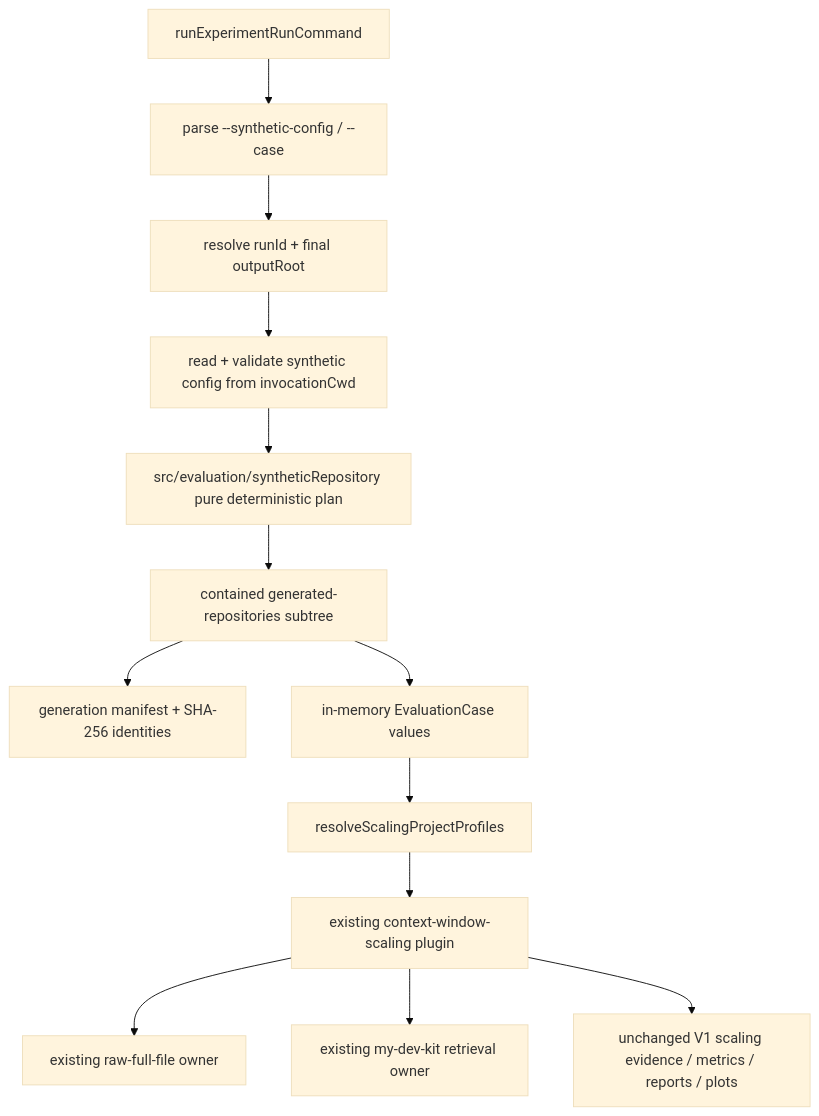
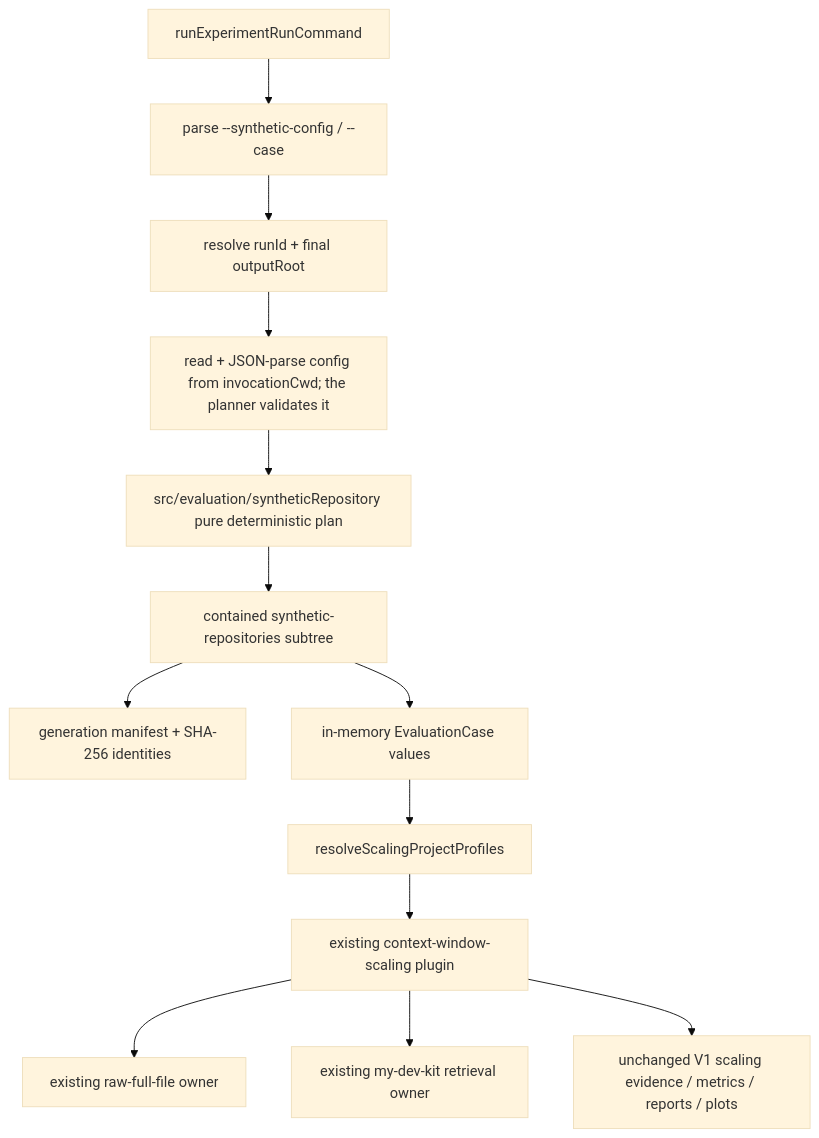
The sixth of 13 diagrams in docs/ARCHITECTURE.md (dailephd/my-dev-kit-lab), drawn with Mermaid (base theme) before and after one commit. The commit also changed other lines of this file and 10 other files, not shown here.

````diff
--- a/docs/ARCHITECTURE.md
+++ b/docs/ARCHITECTURE.md
@@ -454,15 +454,15 @@
 ```mermaid
 flowchart TD
   CLI[runExperimentRunCommand] --> Args[parse --synthetic-config / --case]
   Args --> RunRoot[resolve runId + final outputRoot]
-  RunRoot --> Config[read + validate synthetic config from invocationCwd]
+  RunRoot --> Config[read + JSON-parse config from invocationCwd; the planner validates it]
   Config --> Plan[src/evaluation/syntheticRepository pure deterministic plan]
-  Plan --> Materialize[contained generated-repositories subtree]
+  Plan --> Materialize[contained synthetic-repositories subtree]
   Materialize --> Manifest[generation manifest + SHA-256 identities]
   Materialize --> Cases[in-memory EvaluationCase values]
   Cases --> Profiles[resolveScalingProjectProfiles]
   Profiles --> Plugin[existing context-window-scaling plugin]
   Plugin --> Raw[existing raw-full-file owner]
   Plugin --> Guided[existing my-dev-kit retrieval owner]
   Plugin --> Evidence[unchanged V1 scaling evidence / metrics / reports / plots]
 ```
````
